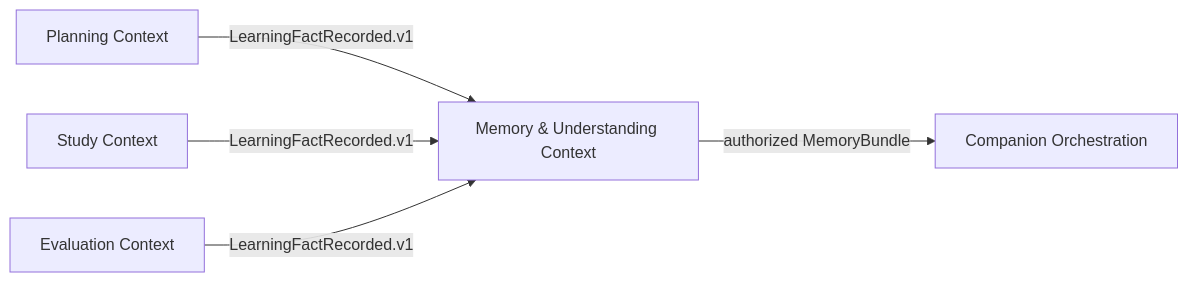
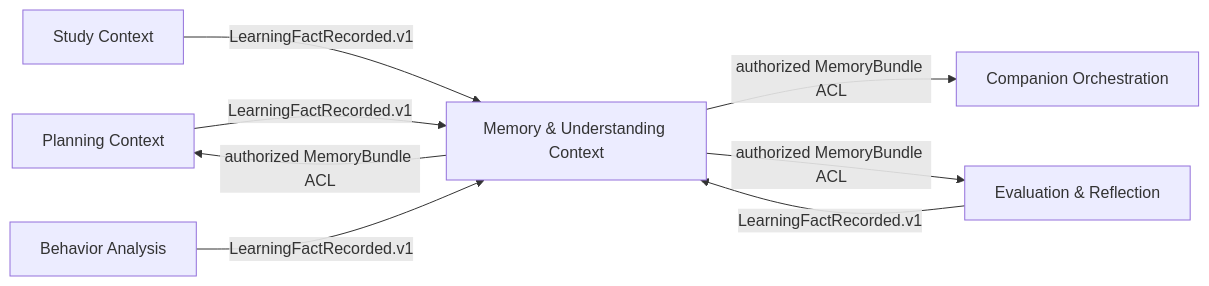
The first of 9 diagrams in docs/technical/design-memory.md (johanchow/duxue), drawn with Mermaid before and after one commit. The commit also changed other lines of this file, not shown here.

````diff
--- a/docs/technical/design-memory.md
+++ b/docs/technical/design-memory.md
@@ -11,13 +11,17 @@
 ```mermaid
 flowchart LR
     PL[Planning Context]
     ST[Study Context]
-    EV[Evaluation Context]
+    BA[Behavior Analysis]
+    ER[Evaluation & Reflection]
     MC[Memory & Understanding Context]
     CO[Companion Orchestration]
 
     PL -->|LearningFactRecorded.v1| MC
     ST -->|LearningFactRecorded.v1| MC
-    EV -->|LearningFactRecorded.v1| MC
-    MC -->|authorized MemoryBundle| CO
+    BA -->|LearningFactRecorded.v1| MC
+    ER -->|LearningFactRecorded.v1| MC
+    MC -->|authorized MemoryBundle ACL| CO
+    MC -->|authorized MemoryBundle ACL| PL
+    MC -->|authorized MemoryBundle ACL| ER
 ```
````
